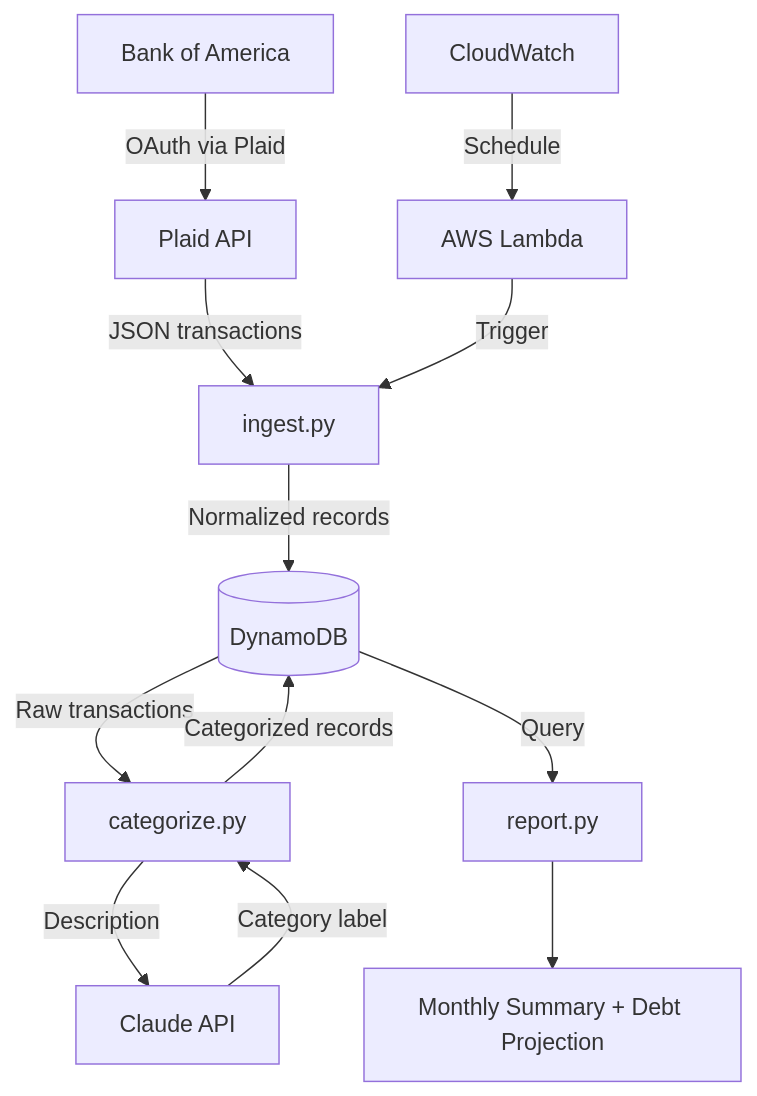
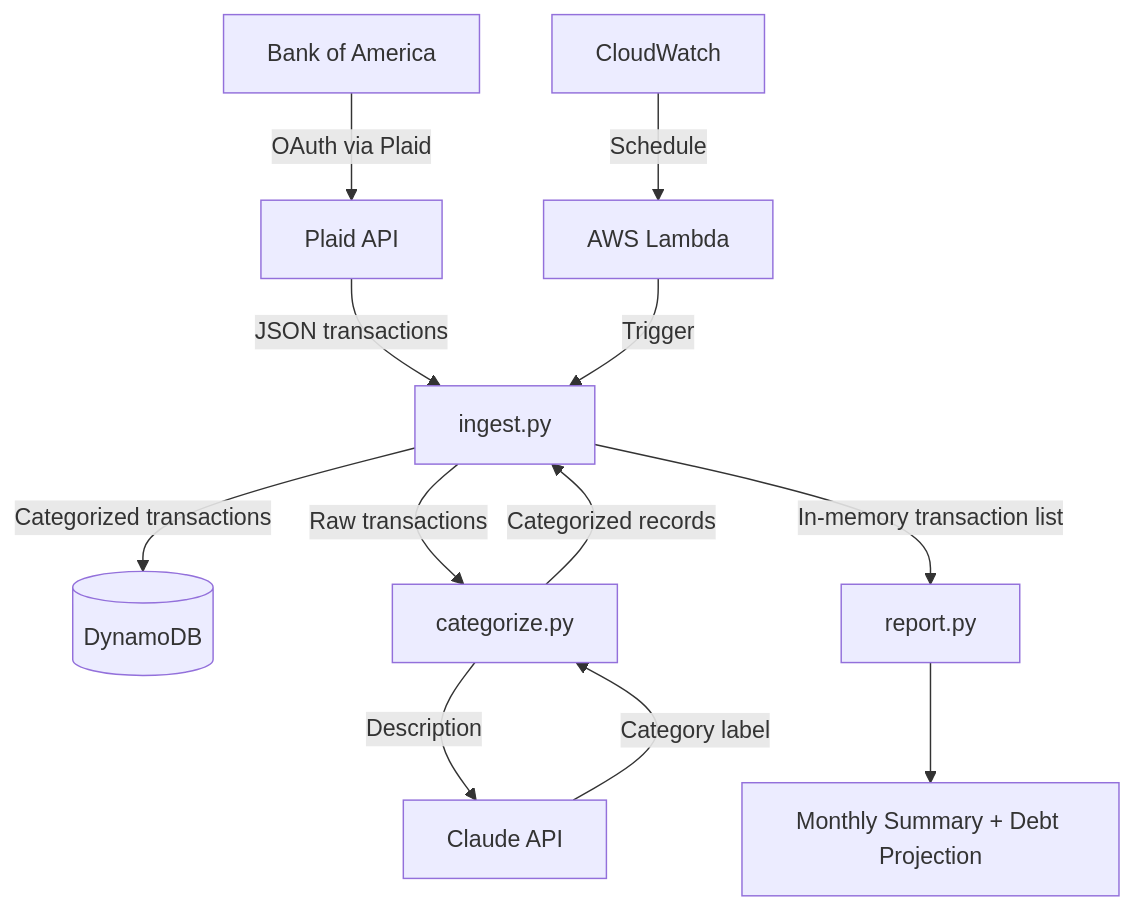
One commit to HarshPatel7x/finance-pipeline changed the diagram in README.md. Above: the diagram before and after it, drawn with Mermaid. The commit also changed other lines of this file and 7 other files, not shown here.

````diff
--- a/README.md
+++ b/README.md
@@ -11,14 +11,14 @@
 ```mermaid
 graph TB
     A[Bank of America] -->|OAuth via Plaid| B[Plaid API]
     B -->|JSON transactions| C[ingest.py]
-    C -->|Normalized records| D[(DynamoDB)]
-    D -->|Raw transactions| E[categorize.py]
+    C -->|Categorized transactions| D[(DynamoDB)]
+    C -->|Raw transactions| E[categorize.py]
     E -->|Description| F[Claude API]
     F -->|Category label| E
-    E -->|Categorized records| D
+    E -->|Categorized records| C
     G[CloudWatch] -->|Schedule| H[AWS Lambda]
     H -->|Trigger| C
-    D -->|Query| I[report.py]
+    C -->|In-memory transaction list| I[report.py]
     I --> J[Monthly Summary + Debt Projection]
 ```
````
